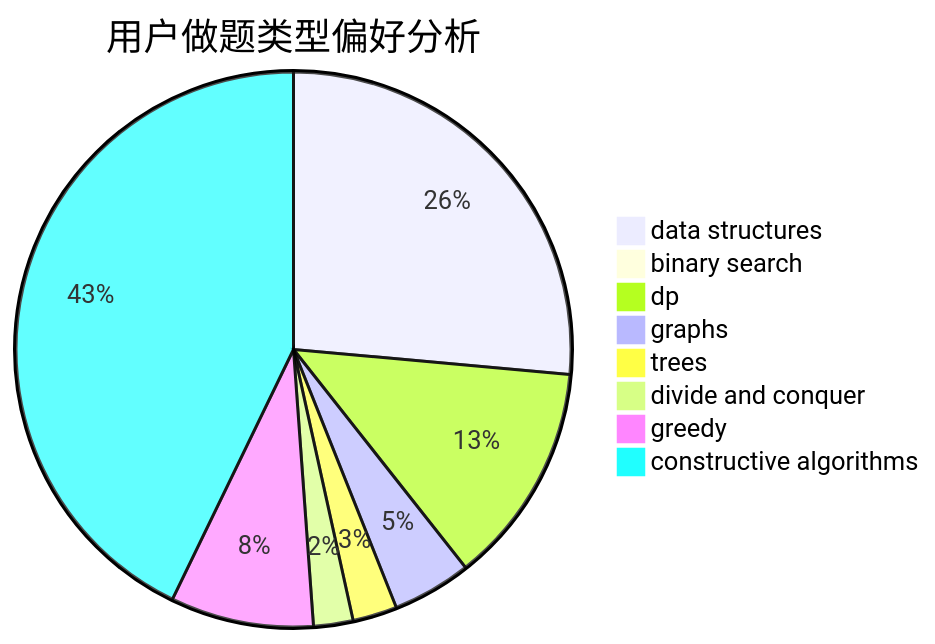
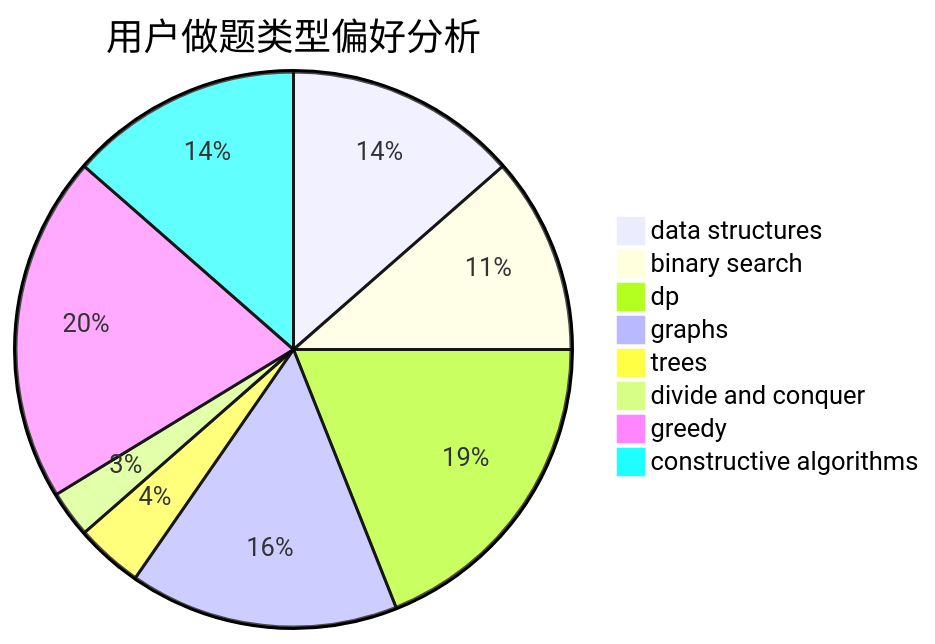
Before and after one commit to sherpahu/cfrs.github.io: the second of 3 diagrams in docs/user/u498.md, drawn with Mermaid. The commit also changed other lines of this file and 2770 other files, not shown here.

````diff
--- a/docs/user/u498.md
+++ b/docs/user/u498.md
@@ -23,11 +23,11 @@
 ```mermaid
 pie title 用户做题类型偏好分析
-    "data structures" :  92
-    "binary search" :  0
-    "dp" :  45
-    "graphs" :  16
-    "trees" :  9
-    "divide and conquer" :  8
-    "greedy" :  29
-    "constructive algorithms" :  149
+    "data structures" :  45
+    "binary search" :  38
+    "dp" :  63
+    "graphs" :  52
+    "trees" :  13
+    "divide and conquer" :  9
+    "greedy" :  67
+    "constructive algorithms" :  45
 ```
````
